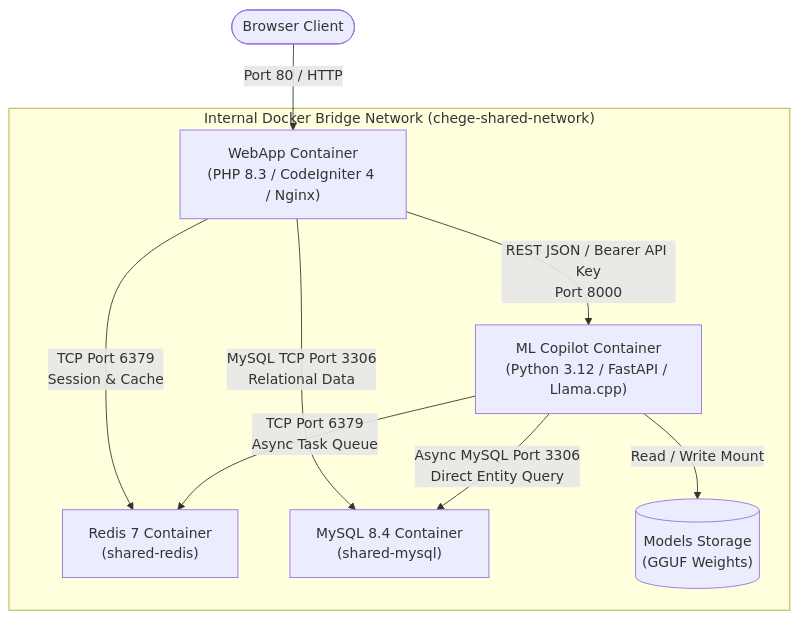
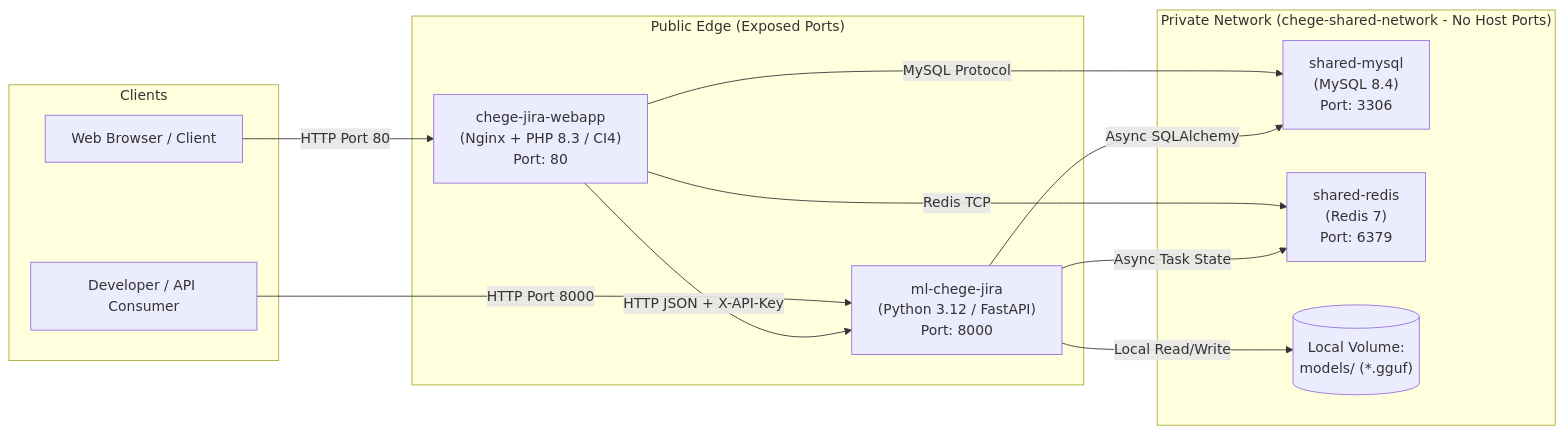
The second of 2 diagrams in docs/architecture/overview.md (Niccher/AI-Agile-Project-Management-Suite), drawn with Mermaid before and after one commit. The commit also changed other lines of this file and 33 other files, not shown here.

````diff
--- a/docs/architecture/overview.md
+++ b/docs/architecture/overview.md
@@ -9,16 +42,27 @@
 ```mermaid
-flowchart TD
-    User([Browser Client]) -->|Port 80 / HTTP| WebApp["WebApp Container\n(PHP 8.3 / CodeIgniter 4 / Nginx)"]
-    
-    subgraph "Internal Docker Bridge Network (chege-shared-network)"
-        WebApp -->|REST JSON / Bearer API Key\nPort 8000| MLService["ML Copilot Container\n(Python 3.12 / FastAPI / Llama.cpp)"]
-        
-        WebApp -->|TCP Port 6379\nSession & Cache| Redis["Redis 7 Container\n(shared-redis)"]
-        MLService -->|TCP Port 6379\nAsync Task Queue| Redis
-        
-        WebApp -->|MySQL TCP Port 3306\nRelational Data| MySQL["MySQL 8.4 Container\n(shared-mysql)"]
-        MLService -->|Async MySQL Port 3306\nDirect Entity Query| MySQL
-        
-        MLService -->|Read / Write Mount| ModelsVol[("Models Storage\n(GGUF Weights)")]
+flowchart LR
+    subgraph Clients
+        Browser[Web Browser / Client]
+        ExtTool[Developer / API Consumer]
     end
+
+    subgraph "Public Edge (Exposed Ports)"
+        NginxWeb["chege-jira-webapp\n(Nginx + PHP 8.3 / CI4)\nPort: 80"]
+        FastApiML["ml-chege-jira\n(Python 3.12 / FastAPI)\nPort: 8000"]
+    end
+
+    subgraph "Private Network (chege-shared-network - No Host Ports)"
+        MySQLDb["shared-mysql\n(MySQL 8.4)\nPort: 3306"]
+        RedisCache["shared-redis\n(Redis 7)\nPort: 6379"]
+        ModelStorage[("Local Volume:\nmodels/ (*.gguf)")]
+    end
+
+    Browser -->|HTTP Port 80| NginxWeb
+    ExtTool -->|HTTP Port 8000| FastApiML
+    NginxWeb -->|HTTP JSON + X-API-Key| FastApiML
+    NginxWeb -->|MySQL Protocol| MySQLDb
+    NginxWeb -->|Redis TCP| RedisCache
+    FastApiML -->|Async SQLAlchemy| MySQLDb
+    FastApiML -->|Async Task State| RedisCache
+    FastApiML -->|Local Read/Write| ModelStorage
 ```
````
